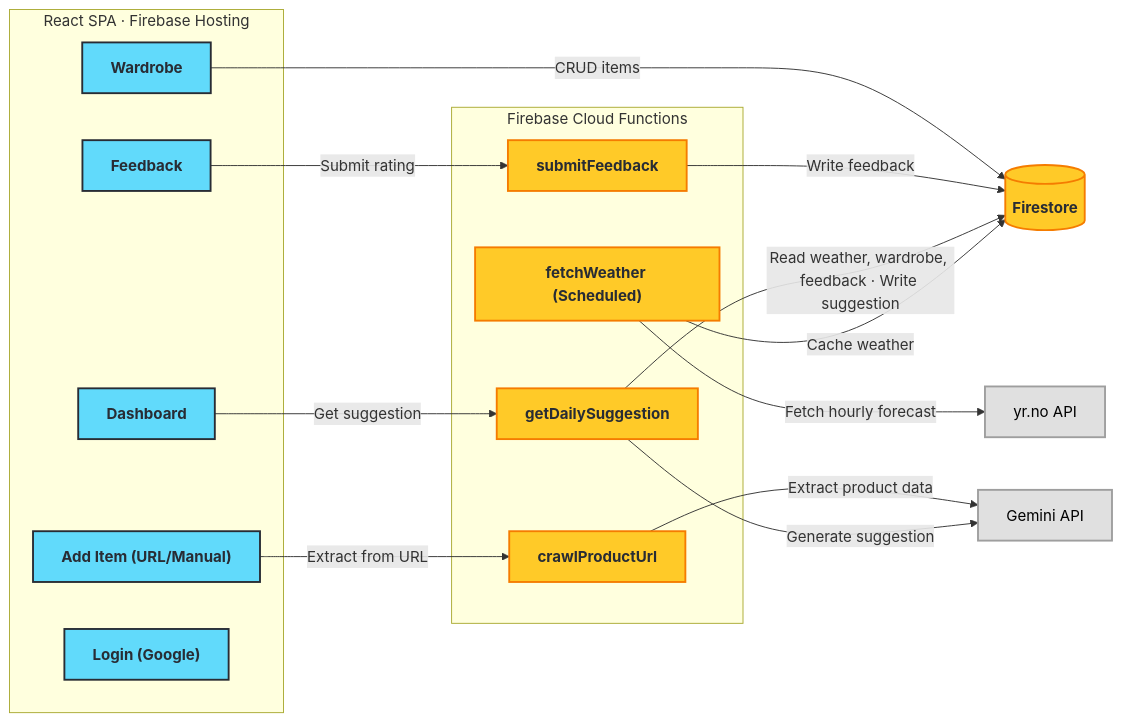
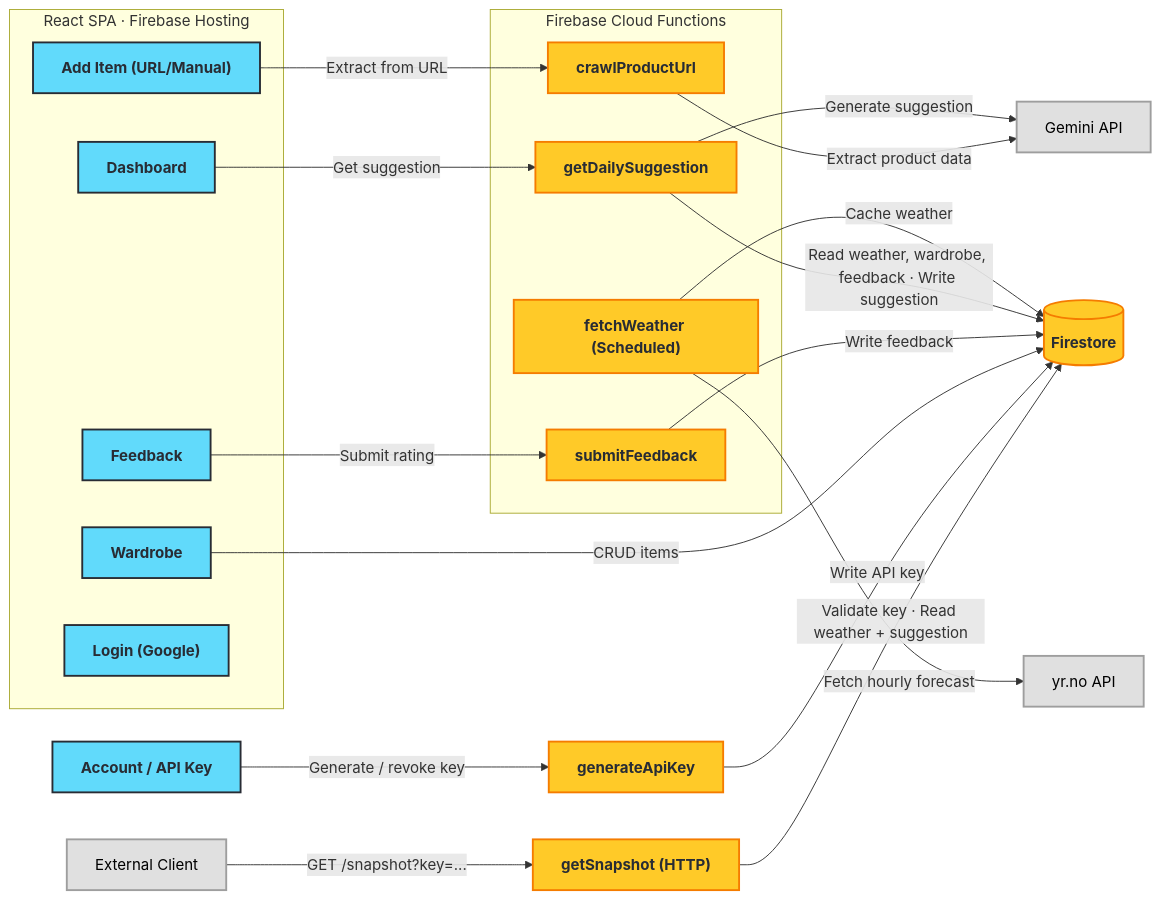
The diagram in docs/SPEC.md (ashenr/weather-wear), drawn with Mermaid before and after one commit. The commit also changed other lines of this file and 13 other files, not shown here.

First line of the commit message:
feat: implement API key access for thin clients (#20)

````diff
--- a/docs/SPEC.md
+++ b/docs/SPEC.md
@@ -42,45 +42,54 @@
 ```mermaid
 graph LR
     %% Styling
     classDef react fill:#61dafb,stroke:#282c34,stroke-width:2px,color:#282c34,font-weight:bold
     classDef firebase fill:#ffca28,stroke:#f57c00,stroke-width:2px,color:#282c34,font-weight:bold
     classDef external fill:#e0e0e0,stroke:#9e9e9e,stroke-width:2px,color:#000
 
     %% React SPA
     subgraph SPA["React SPA · Firebase Hosting"]
         DB[Dashboard]:::react
         WD[Wardrobe]:::react
         AI["Add Item (URL/Manual)"]:::react
         FB[Feedback]:::react
         LG["Login (Google)"]:::react
     end
 
     %% Cloud Functions
     subgraph CF[Firebase Cloud Functions]
         GDS[getDailySuggestion]:::firebase
         FW["fetchWeather (Scheduled)"]:::firebase
         CPU[crawlProductUrl]:::firebase
         SF[submitFeedback]:::firebase
     end
 
     %% Storage & Externals
     FS[(Firestore)]:::firebase
     YR[yr.no API]:::external
     GM[Gemini API]:::external
 
+    AK[Account / API Key]:::react
+
     %% SPA → Functions
     DB -->|Get suggestion| GDS
     AI -->|Extract from URL| CPU
     FB -->|Submit rating| SF
+    AK -->|Generate / revoke key| GAK
+
+    %% Public REST
+    EXT["External Client"]:::external -->|"GET /snapshot?key=..."|SNP
+    SNP["getSnapshot (HTTP)"]:::firebase
 
     %% Functions → External APIs
     FW -->|Fetch hourly forecast| YR
     GDS -->|Generate suggestion| GM
     CPU -->|Extract product data| GM
 
     %% Functions → Firestore
     FW -->|Cache weather| FS
     GDS -->|Read weather, wardrobe, feedback · Write suggestion| FS
     SF -->|Write feedback| FS
     WD -->|CRUD items| FS
+    GAK[generateApiKey]:::firebase -->|Write API key| FS
+    SNP -->|Validate key · Read weather + suggestion| FS
 ```
````
